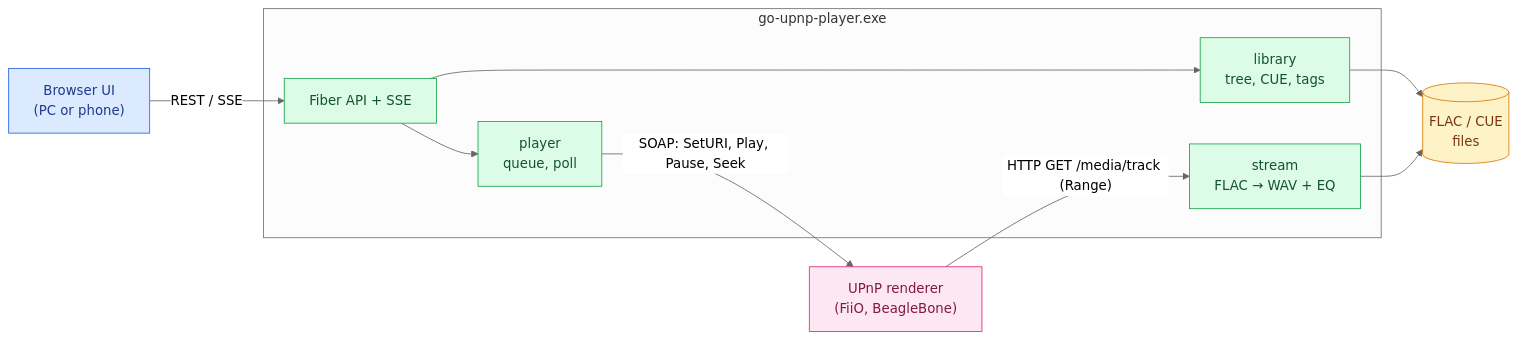
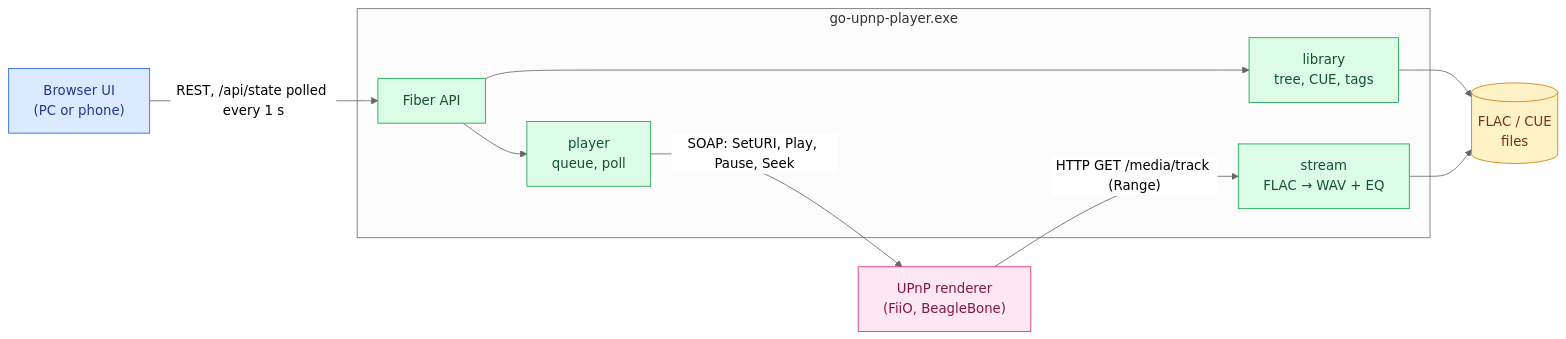
One commit to panedrone/go-upnp-player changed the diagram in docs/go-upnp-player-sad.md. Above: the diagram before and after it, drawn with Mermaid (neutral theme). The commit also changed other lines of this file and 23 other files, not shown here.

````diff
--- a/docs/go-upnp-player-sad.md
+++ b/docs/go-upnp-player-sad.md
@@ -11,29 +11,29 @@
 ```mermaid
 flowchart LR
     UI["Browser UI<br/>(PC or phone)"]
     subgraph APP["go-upnp-player.exe"]
-        API["Fiber API + SSE"]
+        API["Fiber API"]
         PL["player<br/>queue, poll"]
         LIB["library<br/>tree, CUE, tags"]
         ST["stream<br/>FLAC → WAV + EQ"]
     end
     FILES[("FLAC / CUE<br/>files")]
     R["UPnP renderer<br/>(FiiO, BeagleBone)"]
 
-    UI -- "REST / SSE" --> API
+    UI -- "REST, /api/state polled every 1 s" --> API
     API --> PL
     API --> LIB
     LIB --> FILES
     ST --> FILES
     PL -- "SOAP: SetURI, Play, Pause, Seek" --> R
     R -- "HTTP GET /media/track (Range)" --> ST
 
     classDef ui fill:#dbeafe,stroke:#2563eb,color:#1e3a8a
     classDef app fill:#dcfce7,stroke:#16a34a,color:#14532d
     classDef data fill:#fef3c7,stroke:#d97706,color:#78350f
     classDef dev fill:#fce7f3,stroke:#db2777,color:#831843
     class UI ui
     class API,PL,LIB,ST app
     class FILES data
     class R dev
 ```
````
